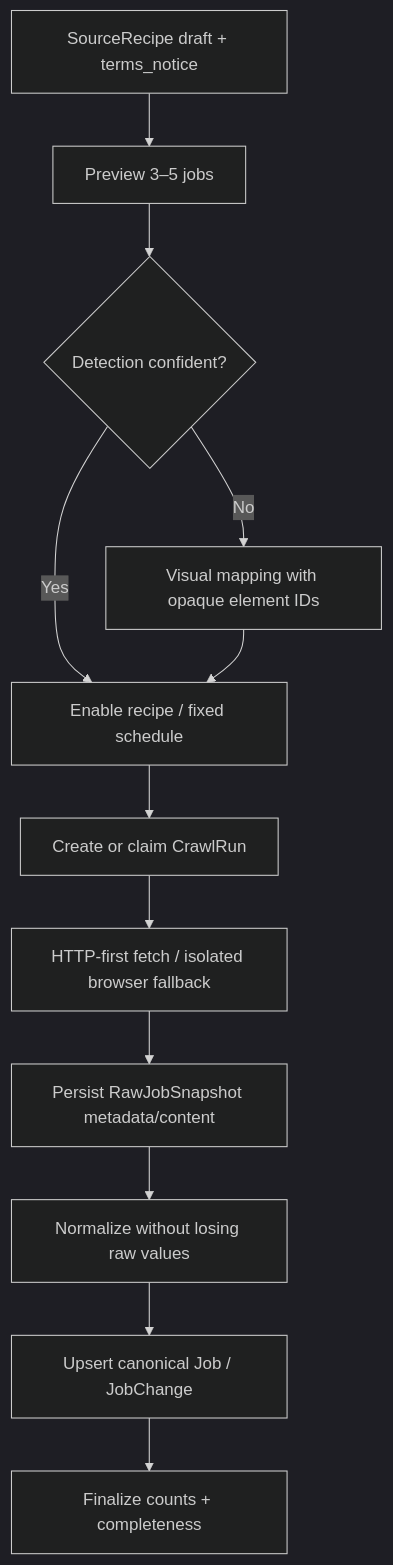
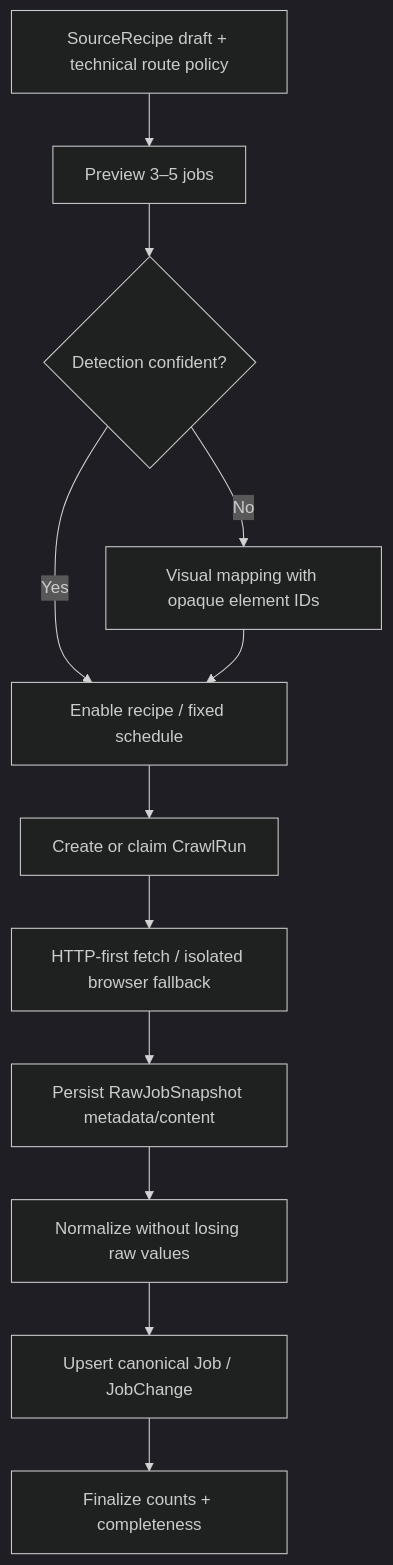
Before and after one commit to HPhucTV/DevRadar: the second of 5 diagrams in docs/ARCHITECTURE.md, drawn with Mermaid (dark theme). The commit also changed other lines of this file and 9 other files, not shown here.

Commit message:
docs: publish technical source boundary

````diff
--- a/docs/ARCHITECTURE.md
+++ b/docs/ARCHITECTURE.md
@@ -71,14 +71,14 @@
 ```mermaid
 flowchart TD
-    A["SourceRecipe draft + terms_notice"] --> B["Preview 3–5 jobs"]
+    A["SourceRecipe draft + technical route policy"] --> B["Preview 3–5 jobs"]
     B --> C{"Detection confident?"}
     C -- No --> D["Visual mapping with opaque element IDs"]
     C -- Yes --> E["Enable recipe / fixed schedule"]
     D --> E
     E --> F["Create or claim CrawlRun"]
     F --> G["HTTP-first fetch / isolated browser fallback"]
     G --> H["Persist RawJobSnapshot metadata/content"]
     H --> I["Normalize without losing raw values"]
     I --> J["Upsert canonical Job / JobChange"]
     J --> K["Finalize counts + completeness"]
 ```
````
